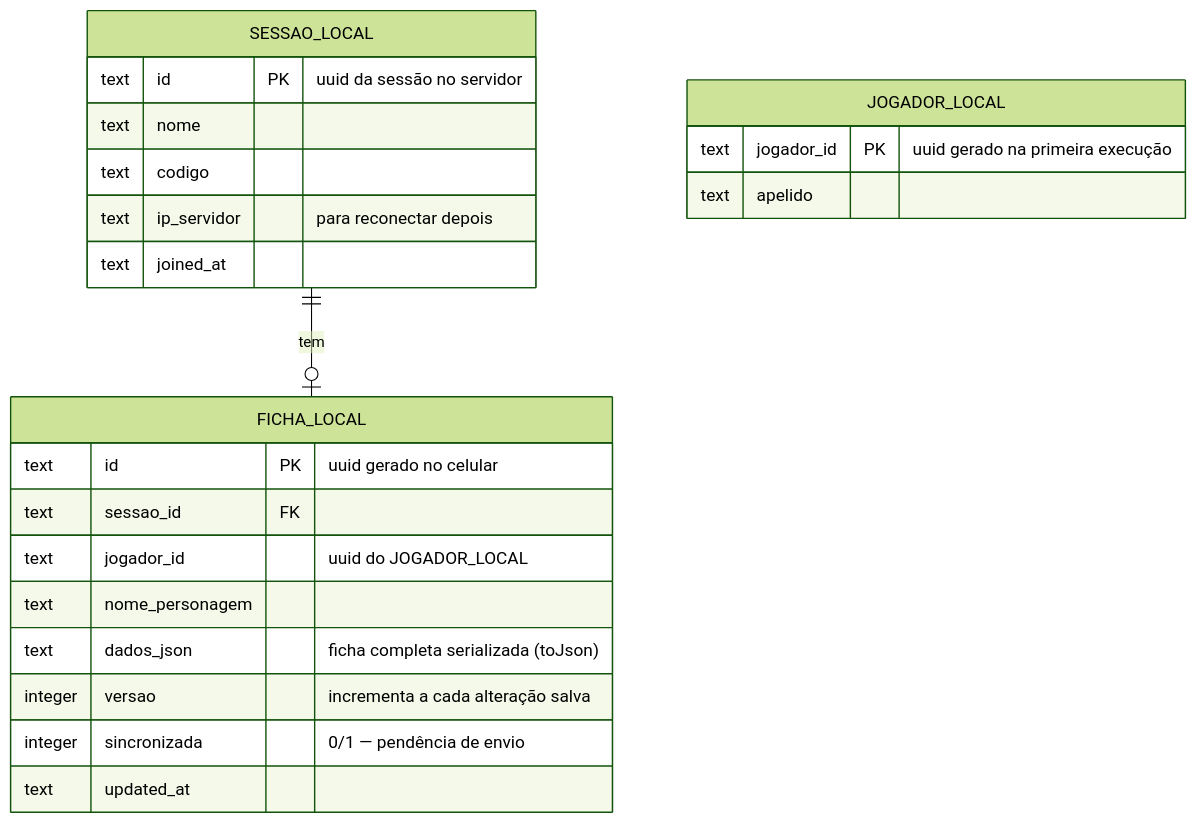
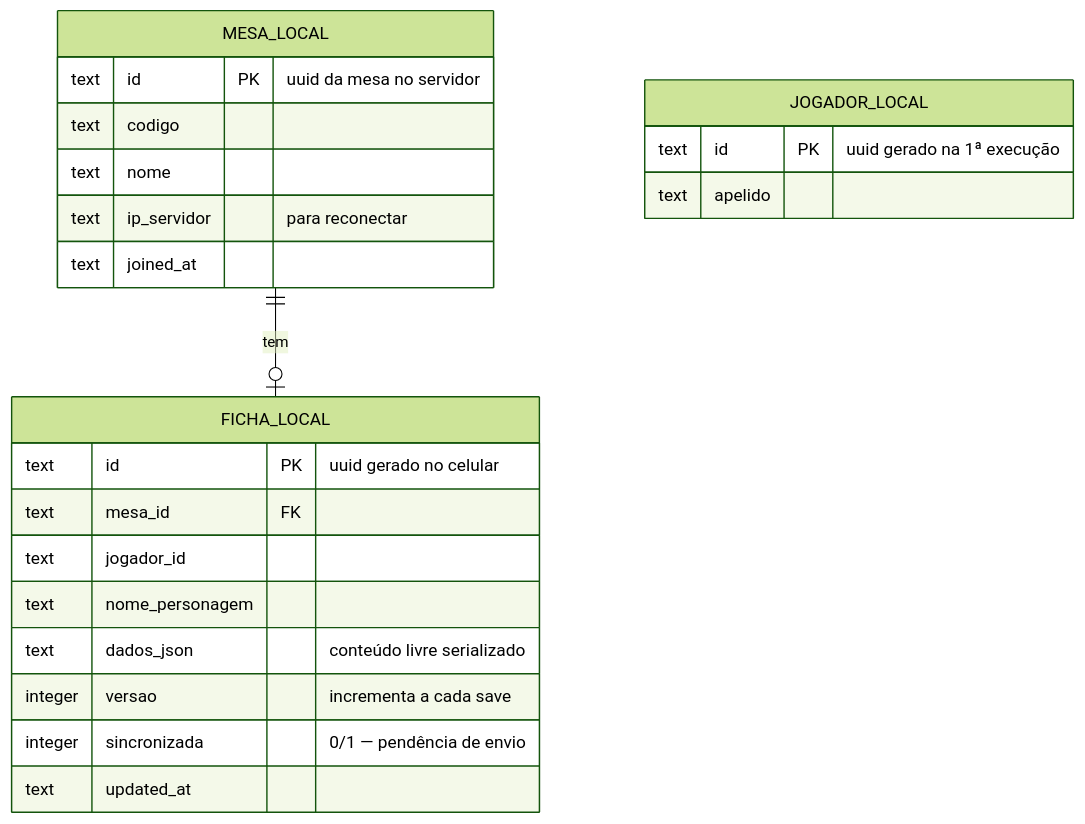
The second of 3 diagrams in DSMD/trabalho-flutter/arquitetura-apk-jogador.md (LuizGustavoMM/UniSenai), drawn with Mermaid (forest theme) before and after one commit. The commit also changed other lines of this file and 2 other files, not shown here.

````diff
--- a/DSMD/trabalho-flutter/arquitetura-apk-jogador.md
+++ b/DSMD/trabalho-flutter/arquitetura-apk-jogador.md
@@ -60,25 +62,25 @@
 ```mermaid
 erDiagram
-    SESSAO_LOCAL ||--o| FICHA_LOCAL : "tem"
+    MESA_LOCAL ||--o| FICHA_LOCAL : "tem"
     JOGADOR_LOCAL {
-        text jogador_id PK "uuid gerado na primeira execução"
+        text id PK "uuid gerado na 1ª execução"
         text apelido
     }
-    SESSAO_LOCAL {
-        text id PK "uuid da sessão no servidor"
+    MESA_LOCAL {
+        text id PK "uuid da mesa no servidor"
+        text codigo
         text nome
-        text codigo
-        text ip_servidor "para reconectar depois"
+        text ip_servidor "para reconectar"
         text joined_at
     }
     FICHA_LOCAL {
         text id PK "uuid gerado no celular"
-        text sessao_id FK
-        text jogador_id "uuid do JOGADOR_LOCAL"
+        text mesa_id FK
+        text jogador_id
         text nome_personagem
-        text dados_json "ficha completa serializada (toJson)"
-        integer versao "incrementa a cada alteração salva"
+        text dados_json "conteúdo livre serializado"
+        integer versao "incrementa a cada save"
         integer sincronizada "0/1 — pendência de envio"
         text updated_at
     }
 ```
````
